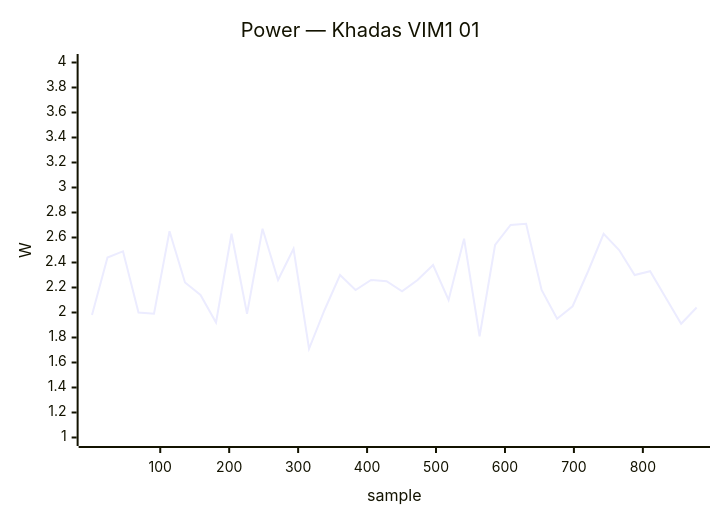
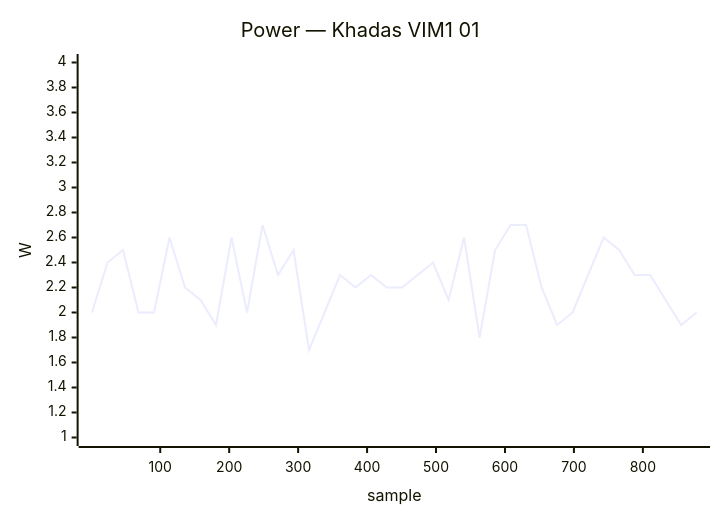
Diagram 13 of 40 in docs/status/board-tests.md (armbian/documentation), drawn with Mermaid before and after one commit. The commit also changed other lines of this file, not shown here.

````diff
--- a/docs/status/board-tests.md
+++ b/docs/status/board-tests.md
@@ -662,7 +685,7 @@
 ```mermaid
 xychart-beta
     title "Power — Khadas VIM1 01"
     x-axis "sample" 1 --> 878
     y-axis "W" 1.0 --> 4.0
-    line [1.98, 2.44, 2.49, 2.00, 1.99, 2.65, 2.24, 2.14, 1.92, 2.63, 1.99, 2.67, 2.26, 2.51, 1.71, 2.02, 2.30, 2.18, 2.26, 2.25, 2.17, 2.26, 2.38, 2.10, 2.59, 1.81, 2.54, 2.70, 2.71, 2.18, 1.95, 2.05, 2.33, 2.63, 2.50, 2.30, 2.33, 2.12, 1.91, 2.04]
+    line [2.0, 2.4, 2.5, 2.0, 2.0, 2.6, 2.2, 2.1, 1.9, 2.6, 2.0, 2.7, 2.3, 2.5, 1.7, 2.0, 2.3, 2.2, 2.3, 2.2, 2.2, 2.3, 2.4, 2.1, 2.6, 1.8, 2.5, 2.7, 2.7, 2.2, 1.9, 2.0, 2.3, 2.6, 2.5, 2.3, 2.3, 2.1, 1.9, 2.0]
 ```
````
